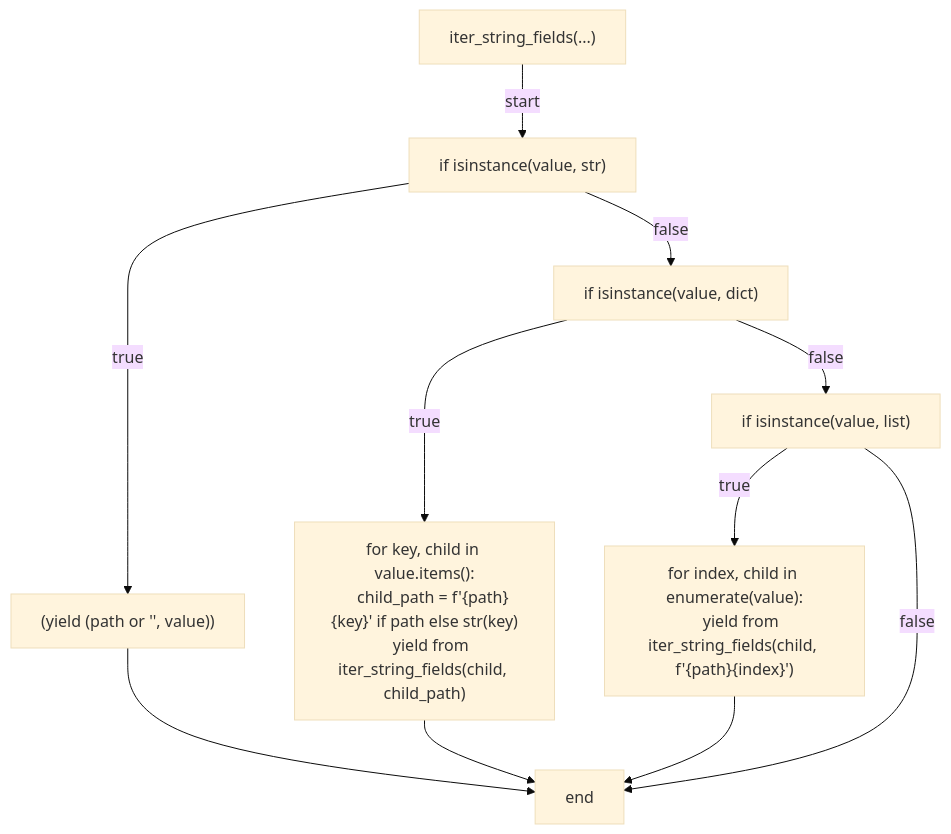
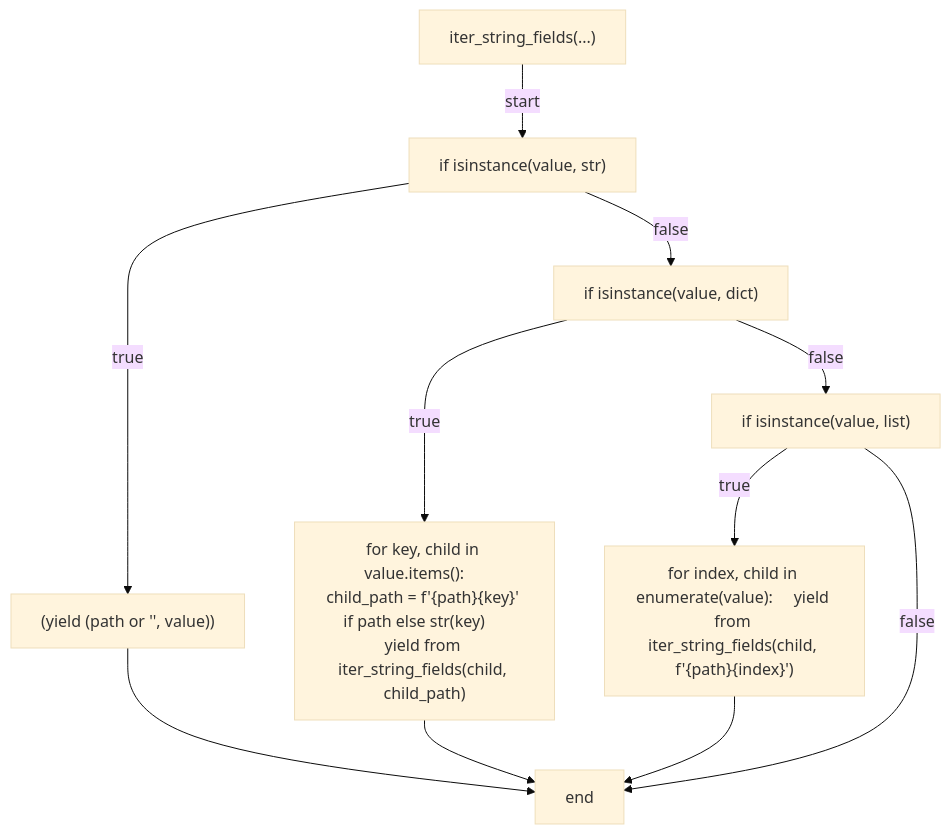
The first of 5 diagrams in docs/generated/scripts/ast/preflight_github_secrets.md (tvna/claude-md), drawn with Mermaid (base theme) before and after one commit. The commit also changed other lines of this file and 29 other files, not shown here.

First line of the commit message:
docs(generated): regenerate decision tree and workflow diagrams (batch 3/5)

````diff
--- a/docs/generated/scripts/ast/preflight_github_secrets.md
+++ b/docs/generated/scripts/ast/preflight_github_secrets.md
@@ -7,24 +7,21 @@
 ```mermaid
 flowchart TD
     N001["iter_string_fields(...)"]
     N002["if isinstance(value, str)"]
     N003["(yield (path or '<str>', value))"]
     N004["if isinstance(value, dict)"]
-    N005["for key, child in value.items():
-    child_path = f'{path}<str>{key}' if path else str(key)
-    yield from iter_string_fields(child, child_path)"]
+    N005["for key, child in value.items():     child_path = f'{path}<str>{key}' if path else str(key)     yield from iter_string_fields(child, child_path)"]
     N006["if isinstance(value, list)"]
-    N007["for index, child in enumerate(value):
-    yield from iter_string_fields(child, f'{path}<str>{index}<str>')"]
+    N007["for index, child in enumerate(value):     yield from iter_string_fields(child, f'{path}<str>{index}<str>')"]
     N008["end"]
     N001 -->|"start"| N002
     N002 -->|"true"| N003
     N002 -->|"false"| N004
     N004 -->|"true"| N005
     N004 -->|"false"| N006
     N006 -->|"true"| N007
     N003 --> N008
     N005 --> N008
     N007 --> N008
     N006 -->|"false"| N008
 ```
````
